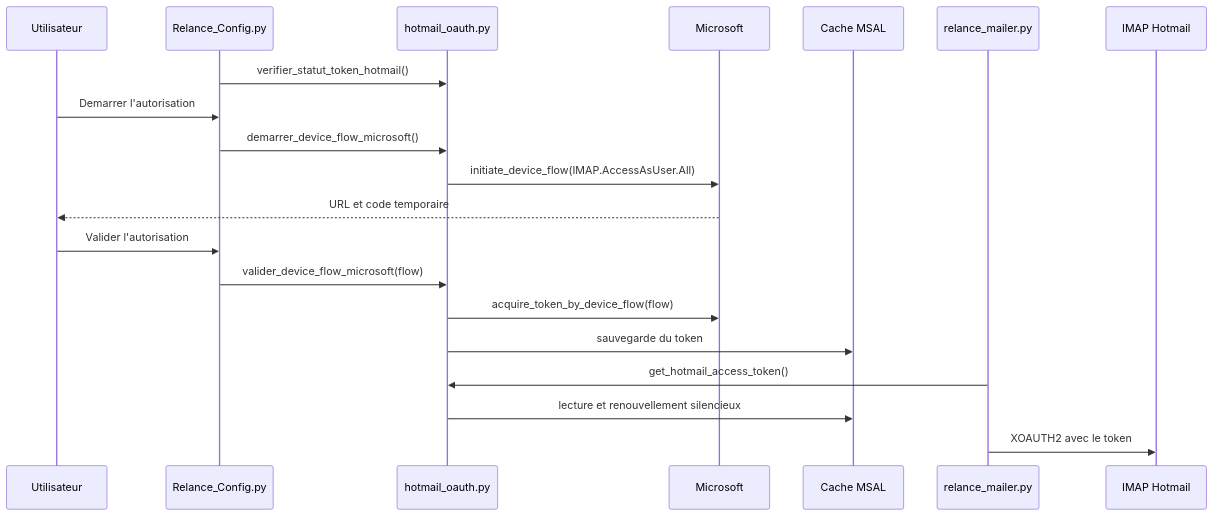
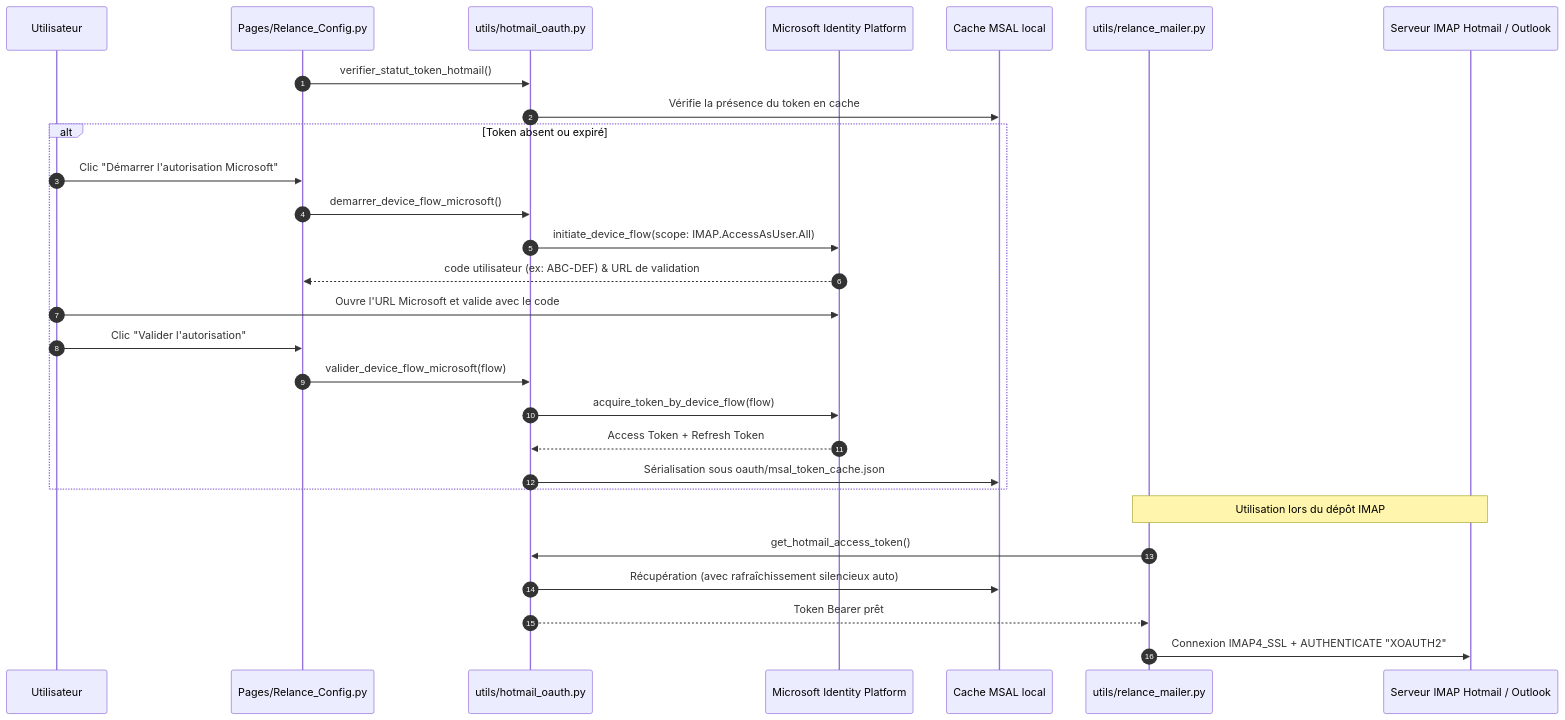
One commit to therealcorwin/CPTCOPRO changed the seventh of 8 diagrams in reports/call_graph.md. Above: the diagram before and after it, drawn with Mermaid. The commit also changed other lines of this file and 50 other files, not shown here.

````diff
--- a/reports/call_graph.md
+++ b/reports/call_graph.md
@@ -308,24 +463,32 @@
 ```mermaid
 sequenceDiagram
+    autonumber
     participant U as Utilisateur
-    participant UI as Relance_Config.py
-    participant O as hotmail_oauth.py
-    participant M as Microsoft
-    participant C as Cache MSAL
-    participant I as relance_mailer.py
-    participant H as IMAP Hotmail
+    participant UI as Pages/Relance_Config.py
+    participant O as utils/hotmail_oauth.py
+    participant MS as Microsoft Identity Platform
+    participant C as Cache MSAL local
+    participant M as utils/relance_mailer.py
+    participant H as Serveur IMAP Hotmail / Outlook
 
     UI->>O: verifier_statut_token_hotmail()
-    U->>UI: Demarrer l'autorisation
-    UI->>O: demarrer_device_flow_microsoft()
-    O->>M: initiate_device_flow(IMAP.AccessAsUser.All)
-    M-->>U: URL et code temporaire
-    U->>UI: Valider l'autorisation
-    UI->>O: valider_device_flow_microsoft(flow)
-    O->>M: acquire_token_by_device_flow(flow)
-    O->>C: sauvegarde du token
+    O->>C: Vérifie la présence du token en cache
+    alt Token absent ou expiré
+        U->>UI: Clic "Démarrer l'autorisation Microsoft"
+        UI->>O: demarrer_device_flow_microsoft()
+        O->>MS: initiate_device_flow(scope: IMAP.AccessAsUser.All)
+        MS-->>UI: code utilisateur (ex: ABC-DEF) & URL de validation
+        U->>MS: Ouvre l'URL Microsoft et valide avec le code
+        U->>UI: Clic "Valider l'autorisation"
+        UI->>O: valider_device_flow_microsoft(flow)
+        O->>MS: acquire_token_by_device_flow(flow)
+        MS-->>O: Access Token + Refresh Token
+        O->>C: Sérialisation sous oauth/msal_token_cache.json
+    end
 
-    I->>O: get_hotmail_access_token()
-    O->>C: lecture et renouvellement silencieux
-    I->>H: XOAUTH2 avec le token
+    Note over M,H: Utilisation lors du dépôt IMAP
+    M->>O: get_hotmail_access_token()
+    O->>C: Récupération (avec rafraîchissement silencieux auto)
+    O-->>M: Token Bearer prêt
+    M->>H: Connexion IMAP4_SSL + AUTHENTICATE "XOAUTH2"
 ```
````
